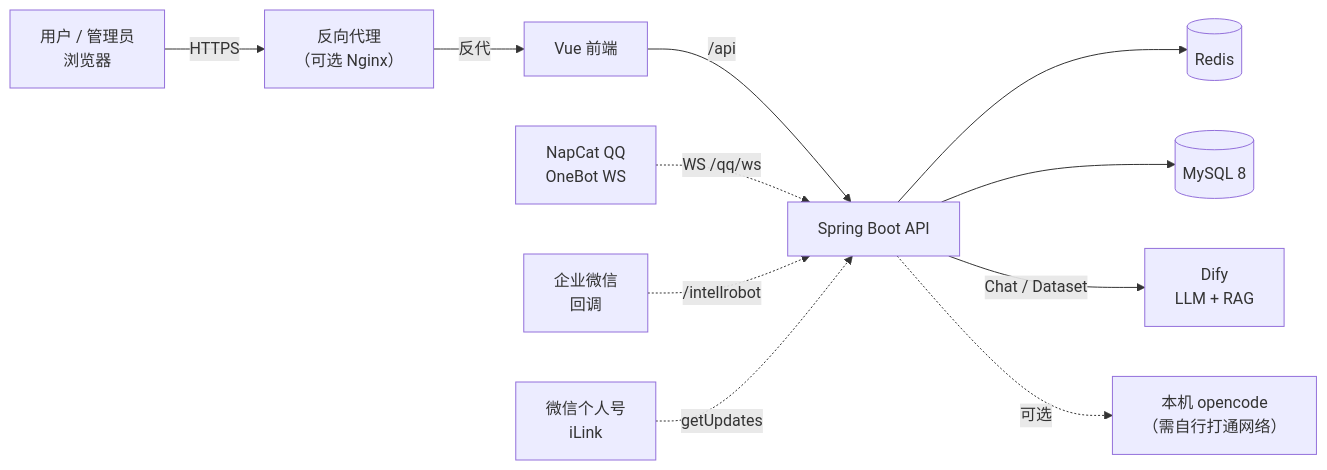
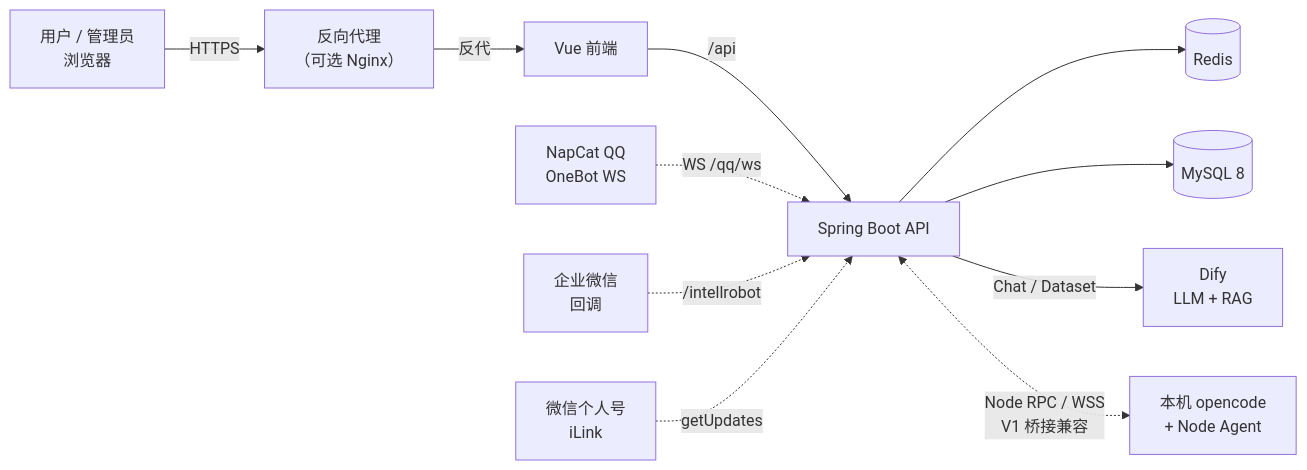
The diagram in README.md (ZxlDragonDoctor/chatBase), drawn with Mermaid before and after one commit. The commit also changed other lines of this file and 110 other files, not shown here.

````diff
--- a/README.md
+++ b/README.md
@@ -116,15 +127,15 @@
 ```mermaid
 flowchart LR
   users["用户 / 管理员<br/>浏览器"] -->|HTTPS| proxy["反向代理<br/>（可选 Nginx）"]
   proxy -->|反代| fe["Vue 前端"]
   fe -->|/api| be["Spring Boot API"]
 
   qq["NapCat QQ<br/>OneBot WS"] -.->|WS /qq/ws| be
   wecom["企业微信<br/>回调"] -.->|/intellrobot| be
   wx["微信个人号<br/>iLink"] -.->|getUpdates| be
 
   be --> redis[("Redis")]
   be --> mysql[("MySQL 8")]
   be -->|Chat / Dataset| dify["Dify<br/>LLM + RAG"]
-  be -.->|可选| oc["本机 opencode<br/>（需自行打通网络）"]
+  be <-.->|Node RPC / WSS<br/>V1 桥接兼容| oc["本机 opencode<br/>+ Node Agent"]
 ```
````
